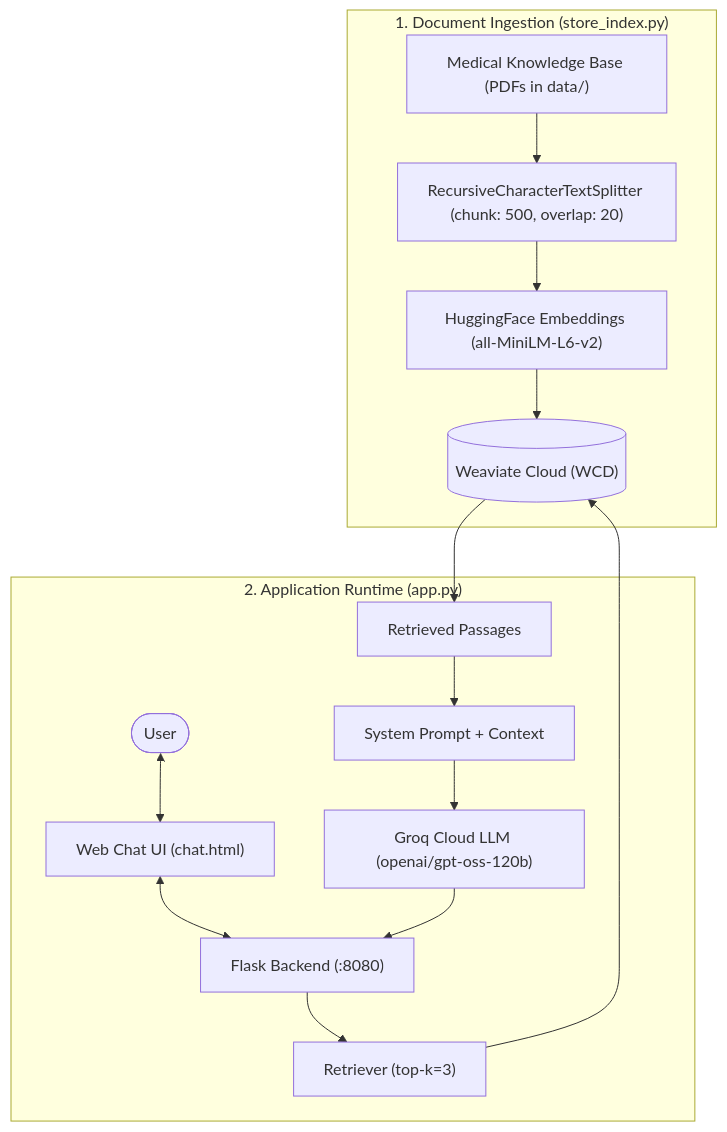
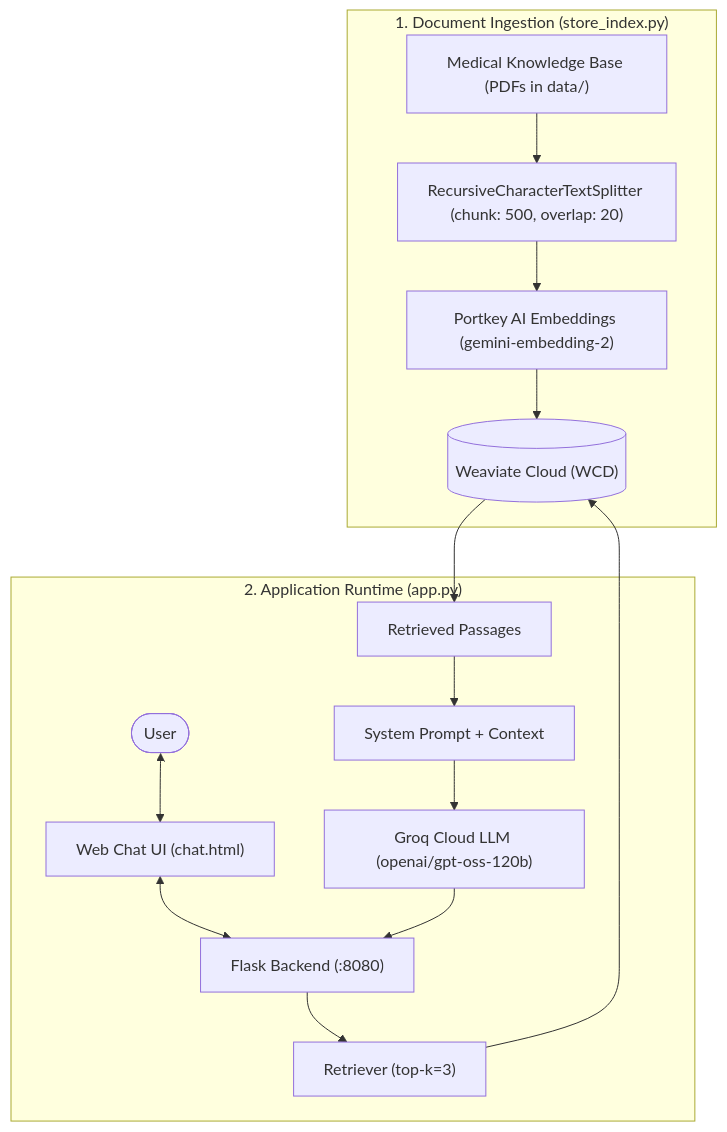
Before and after one commit to Jethva-Parthiv/MediRAG_AI: the diagram in README.md, drawn with Mermaid. The commit also changed other lines of this file and 6 other files, not shown here.

Commit message:
refactor: switch embeddings to Portkey Gemini and remove HuggingFace dependencies

````diff
--- a/README.md
+++ b/README.md
@@ -15,19 +15,19 @@
 ```mermaid
 flowchart TD
     subgraph Ingestion ["1. Document Ingestion (store_index.py)"]
         PDF["Medical Knowledge Base (PDFs in data/)"] --> Splitter["RecursiveCharacterTextSplitter (chunk: 500, overlap: 20)"]
-        Splitter --> Embed["HuggingFace Embeddings (all-MiniLM-L6-v2)"]
+        Splitter --> Embed["Portkey AI Embeddings (gemini-embedding-2)"]
         Embed --> Weaviate[("Weaviate Cloud (WCD)")]
     end
 
     subgraph ChatApp ["2. Application Runtime (app.py)"]
         User(["User"]) <--> UI["Web Chat UI (chat.html)"]
         UI <--> Flask["Flask Backend (:8080)"]
         Flask --> Ret["Retriever (top-k=3)"]
         Ret --> Weaviate
         Weaviate --> Chunks["Retrieved Passages"]
         Chunks --> Prompt["System Prompt + Context"]
         Prompt --> Groq["Groq Cloud LLM (openai/gpt-oss-120b)"]
         Groq --> Flask
     end
 ```
````
